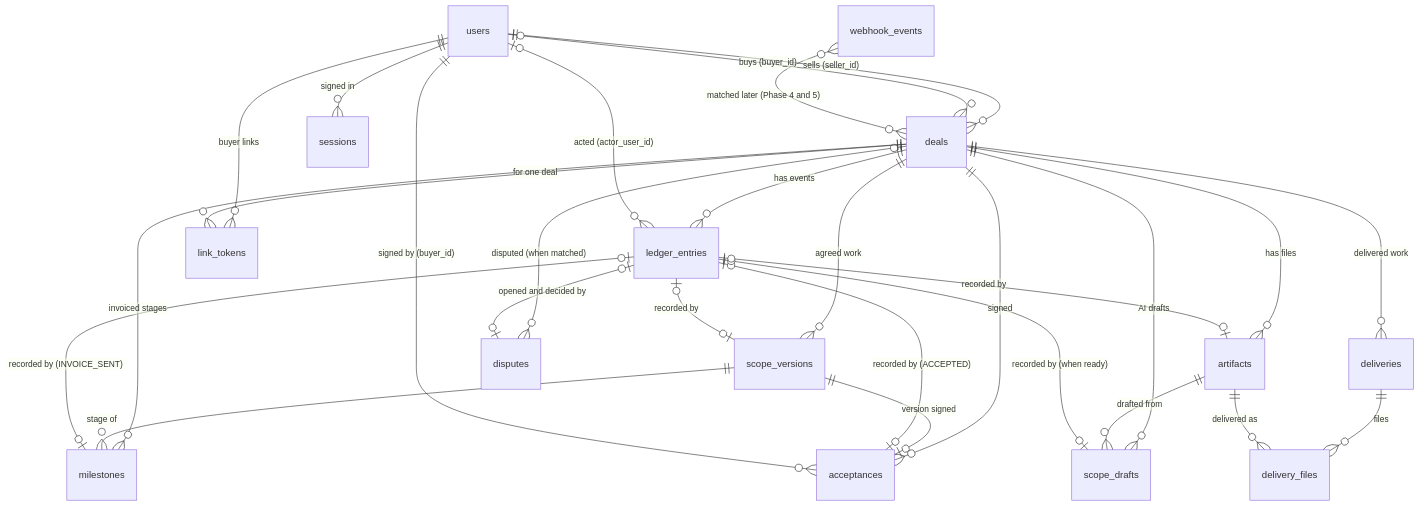
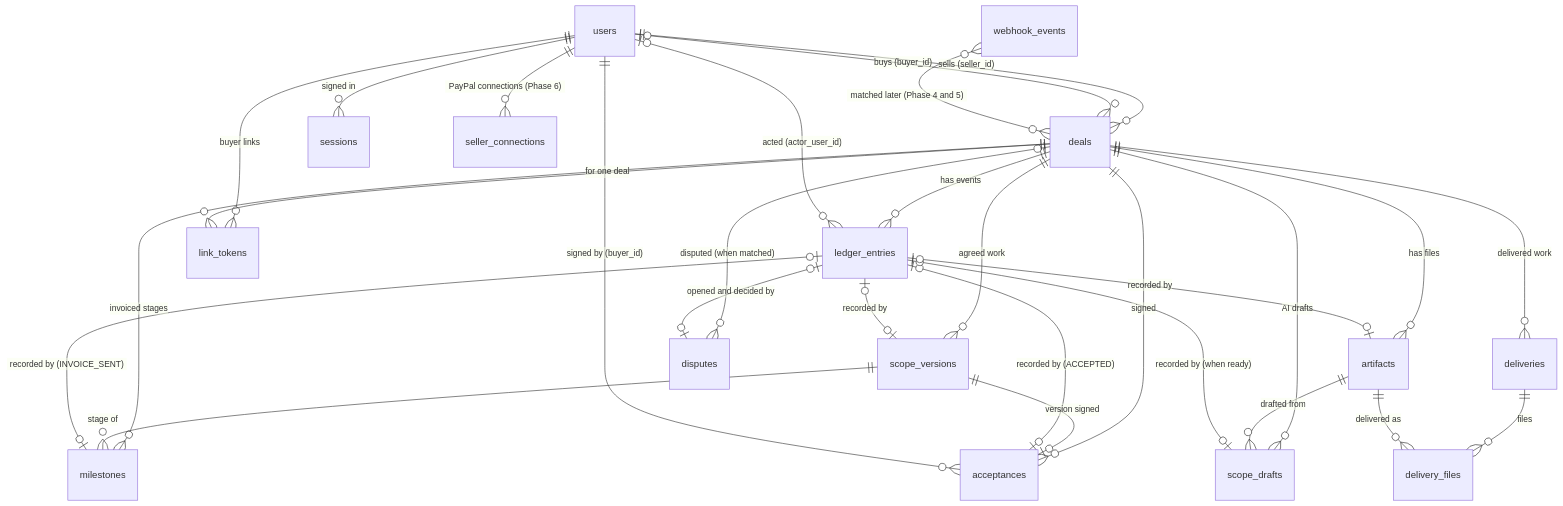
Before and after one commit to sushantpatil2899/pactpal: the diagram in docs/data-model.md, drawn with Mermaid. The commit also changed other lines of this file and 11 other files, not shown here.

````diff
--- a/docs/data-model.md
+++ b/docs/data-model.md
@@ -5,30 +5,31 @@
 ```mermaid
 erDiagram
   users ||--o{ deals : "sells (seller_id)"
   users |o--o{ deals : "buys (buyer_id)"
   deals ||--o{ ledger_entries : "has events"
   users |o--o{ ledger_entries : "acted (actor_user_id)"
   deals ||--o{ scope_versions : "agreed work"
   ledger_entries |o--o| scope_versions : "recorded by"
   deals ||--o{ acceptances : "signed"
   scope_versions ||--o| acceptances : "version signed"
   ledger_entries |o--o| acceptances : "recorded by (ACCEPTED)"
   users ||--o{ acceptances : "signed by (buyer_id)"
   deals ||--o{ milestones : "invoiced stages"
   deals ||--o{ deliveries : "delivered work"
   deliveries ||--o{ delivery_files : "files"
   artifacts ||--o{ delivery_files : "delivered as"
   scope_versions ||--o{ milestones : "stage of"
   ledger_entries |o--o| milestones : "recorded by (INVOICE_SENT)"
   deals ||--o{ artifacts : "has files"
   deals ||--o{ scope_drafts : "AI drafts"
   artifacts ||--o{ scope_drafts : "drafted from"
   ledger_entries |o--o| scope_drafts : "recorded by (when ready)"
   ledger_entries |o--o| artifacts : "recorded by"
   webhook_events }o--o{ deals : "matched later (Phase 4 and 5)"
   deals |o--o{ disputes : "disputed (when matched)"
   ledger_entries |o--o| disputes : "opened and decided by"
   users ||--o{ sessions : "signed in"
   users ||--o{ link_tokens : "buyer links"
+  users ||--o{ seller_connections : "PayPal connections (Phase 6)"
   deals ||--o{ link_tokens : "for one deal"
 ```
````
